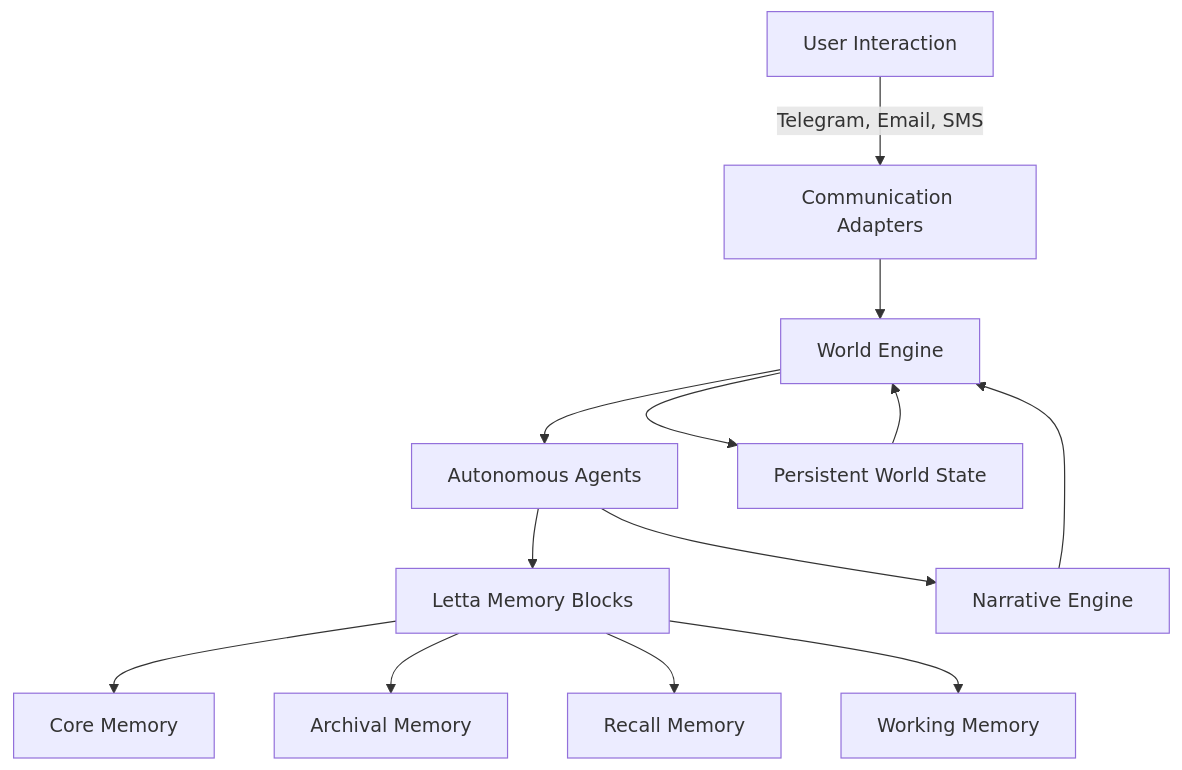
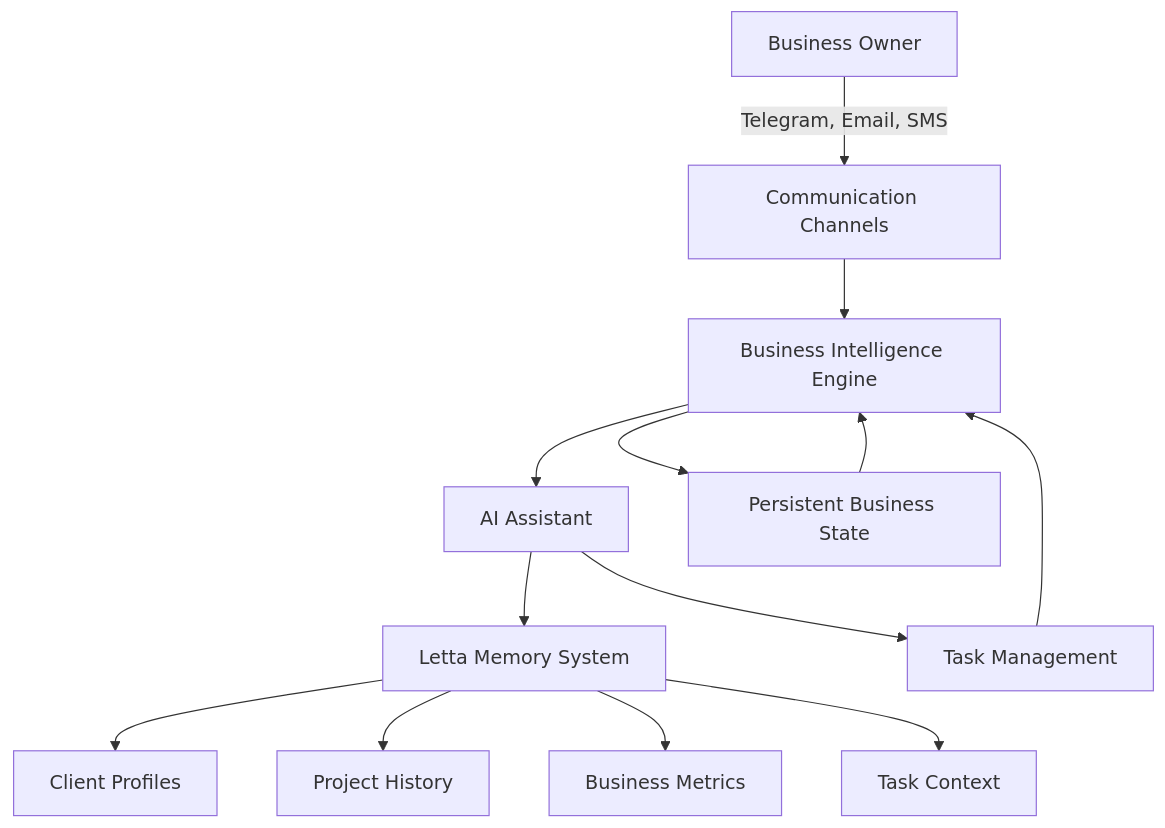
One commit to jraleman/p4n4.com changed the diagram in README.md. Above: the diagram before and after it, drawn with Mermaid. The commit also changed other lines of this file, not shown here.

Commit message:
feat: pivots project's idea

````diff
--- a/README.md
+++ b/README.md
@@ -40,15 +40,15 @@
 ```mermaid
 graph TD
-    A[User Interaction] -->|Telegram, Email, SMS| B[Communication Adapters]
-    B --> C[World Engine]
-    C --> D[Autonomous Agents]
-    D --> E[Letta Memory Blocks]
-    E --> F[Core Memory]
-    E --> G[Archival Memory]
-    E --> H[Recall Memory]
-    E --> I[Working Memory]
-    D --> J[Narrative Engine]
+    A[Business Owner] -->|Telegram, Email, SMS| B[Communication Channels]
+    B --> C[Business Intelligence Engine]
+    C --> D[AI Assistant]
+    D --> E[Letta Memory System]
+    E --> F[Client Profiles]
+    E --> G[Project History]
+    E --> H[Business Metrics]
+    E --> I[Task Context]
+    D --> J[Task Management]
     J --> C
-    C --> K[Persistent World State]
+    C --> K[Persistent Business State]
     K --> C
 ```
````
